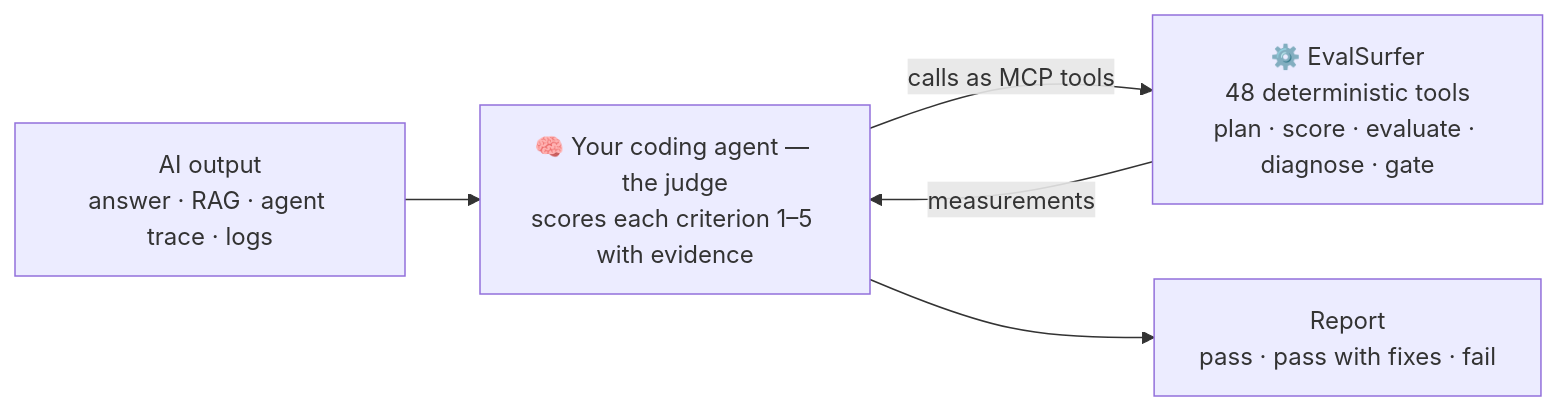
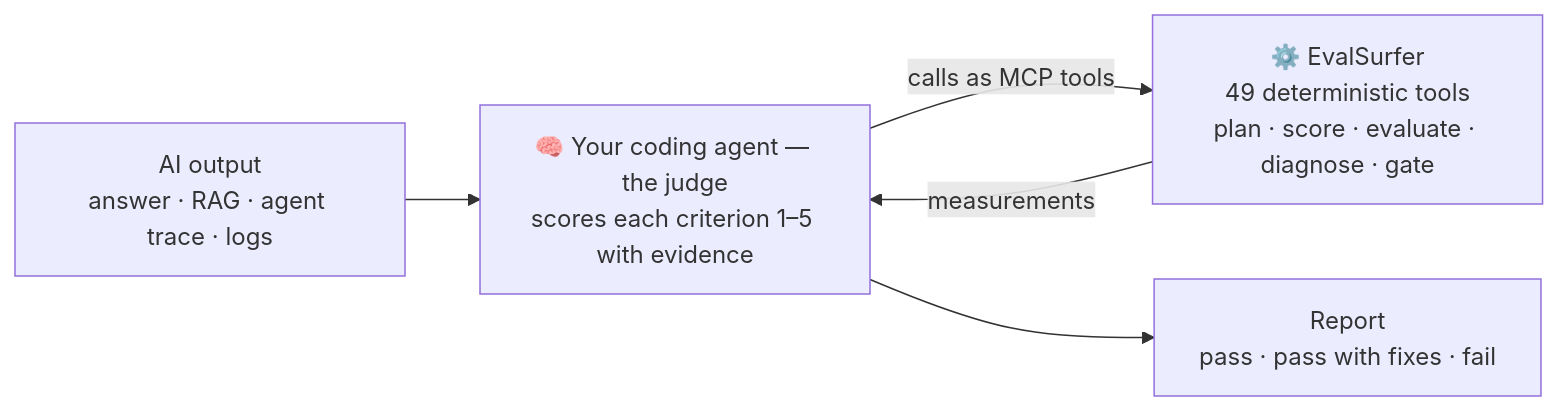
One commit to di37/EvalSurfer changed the diagram in README.md. Above: the diagram before and after it, drawn with Mermaid. The commit also changed other lines of this file and 21 other files, not shown here.

````diff
--- a/README.md
+++ b/README.md
@@ -28,7 +28,7 @@
 ```mermaid
 flowchart LR
     A["AI output<br/>answer · RAG · agent trace · logs"] --> B["🧠 Your coding agent — the judge<br/>scores each criterion 1–5 with evidence"]
-    B -->|"calls as MCP tools"| C["⚙️ EvalSurfer<br/>48 deterministic tools<br/>plan · score · evaluate · diagnose · gate"]
+    B -->|"calls as MCP tools"| C["⚙️ EvalSurfer<br/>49 deterministic tools<br/>plan · score · evaluate · diagnose · gate"]
     C -->|"measurements"| B
     B --> D["Report<br/>pass · pass with fixes · fail"]
 ```
````
